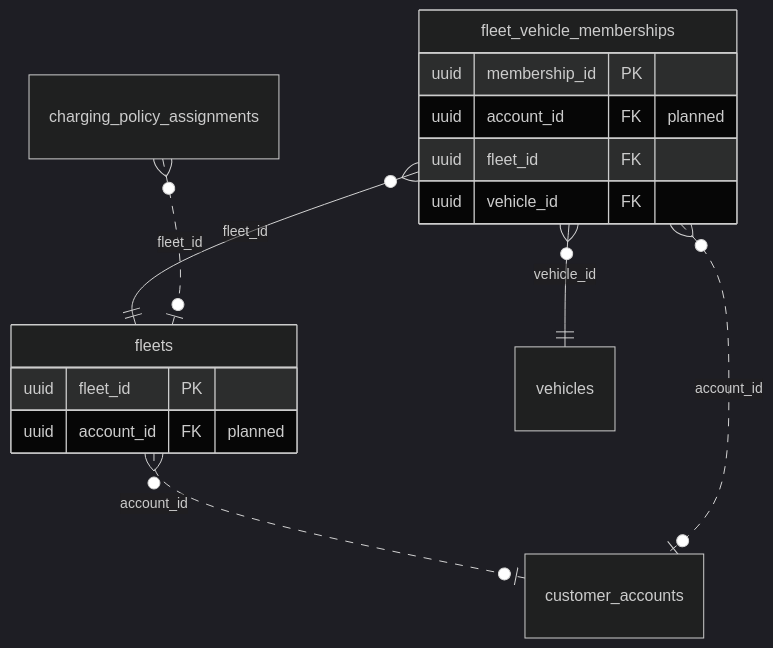
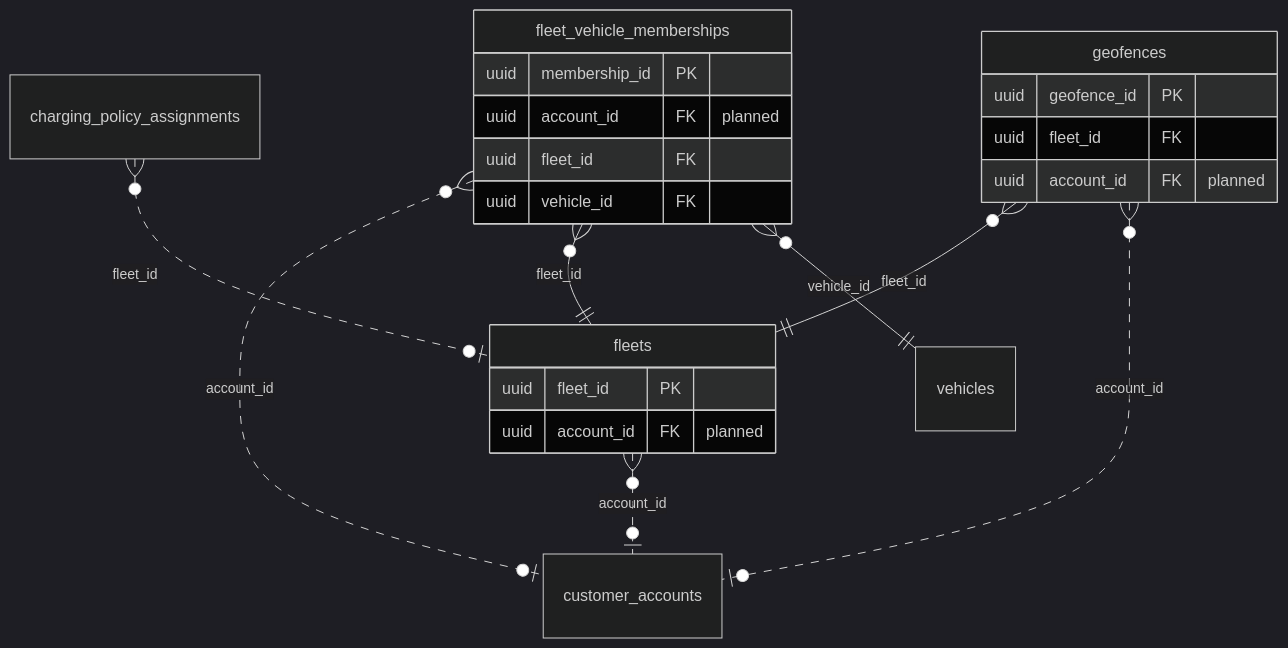
Before and after one commit to yolo-coccoc/G3Network-app: the diagram in docs/01-requirements/domain-model/domains/fleet.md, drawn with Mermaid (dark theme). The commit also changed other lines of this file and 15 other files, not shown here.

First line of the commit message:
feat(db): schema and settings for the happy-path completion round (phase A)

````diff
--- a/docs/01-requirements/domain-model/domains/fleet.md
+++ b/docs/01-requirements/domain-model/domains/fleet.md
@@ -16,18 +17,25 @@
 ```mermaid
 erDiagram
   fleets {
     uuid fleet_id PK
     uuid account_id FK "planned"
   }
   fleet_vehicle_memberships {
     uuid membership_id PK
     uuid account_id FK "planned"
     uuid fleet_id FK
     uuid vehicle_id FK
   }
+  geofences {
+    uuid geofence_id PK
+    uuid fleet_id FK
+    uuid account_id FK "planned"
+  }
   fleets }o..o| customer_accounts : "account_id"
   fleet_vehicle_memberships }o..o| customer_accounts : "account_id"
   fleet_vehicle_memberships }o--|| fleets : "fleet_id"
   fleet_vehicle_memberships }o--|| vehicles : "vehicle_id"
+  geofences }o--|| fleets : "fleet_id"
+  geofences }o..o| customer_accounts : "account_id"
   charging_policy_assignments }o..o| fleets : "fleet_id"
 ```
````
